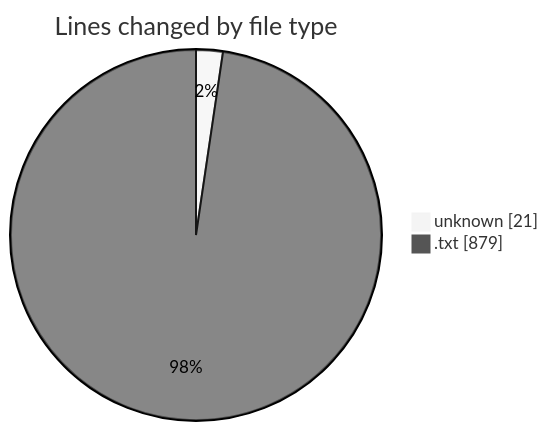
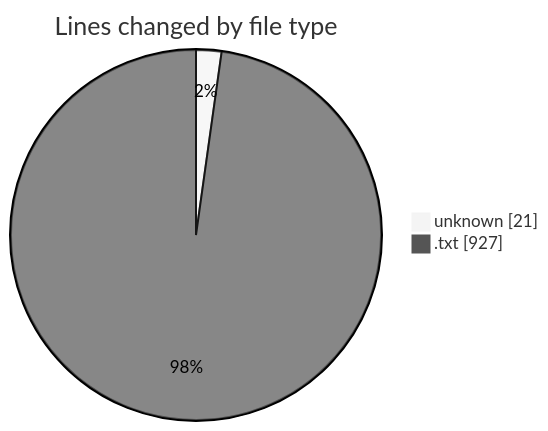
One commit to EIIisD/code-tracking changed the first of 2 diagrams in 2025-07-25/cutler/README.md. Above: the diagram before and after it, drawn with Mermaid (neutral theme). The commit also changed other lines of this file and 1 other file, not shown here.

````diff
--- a/2025-07-25/cutler/README.md
+++ b/2025-07-25/cutler/README.md
@@ -30,6 +30,6 @@
 ```mermaid
 pie showData
 title Lines changed by file type
 "unknown" : 21
-".txt" : 879
+".txt" : 927
 ```
````
